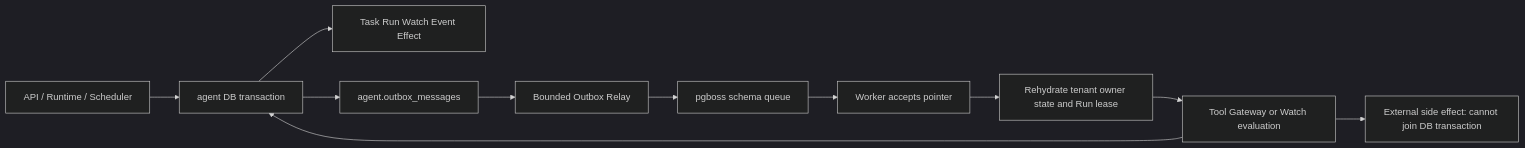
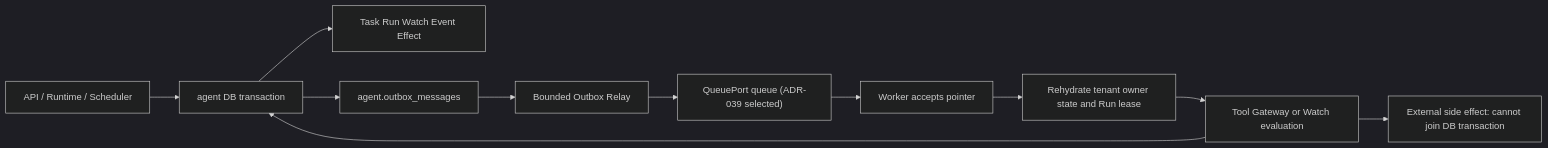
The diagram in docs/10-infrastructure/job-queue-and-outbox.md (choko510/aiagent-md), drawn with Mermaid (dark theme) before and after one commit. The commit also changed other lines of this file and 12 other files, not shown here.

````diff
--- a/docs/10-infrastructure/job-queue-and-outbox.md
+++ b/docs/10-infrastructure/job-queue-and-outbox.md
@@ -35,13 +35,13 @@
 ```mermaid
 flowchart LR
   API["API / Runtime / Scheduler"] --> TX["agent DB transaction"]
   TX --> DOMAIN["Task Run Watch Event Effect"]
   TX --> OUTBOX["agent.outbox_messages"]
   OUTBOX --> RELAY["Bounded Outbox Relay"]
-  RELAY --> QUEUE["pgboss schema queue"]
+  RELAY --> QUEUE["QueuePort queue (ADR-039 selected)"]
   QUEUE --> WORKER["Worker accepts pointer"]
   WORKER --> AUTH["Rehydrate tenant owner state and Run lease"]
   AUTH --> GATE["Tool Gateway or Watch evaluation"]
   GATE --> TX
   GATE --> EXT["External side effect: cannot join DB transaction"]
 ```
````
